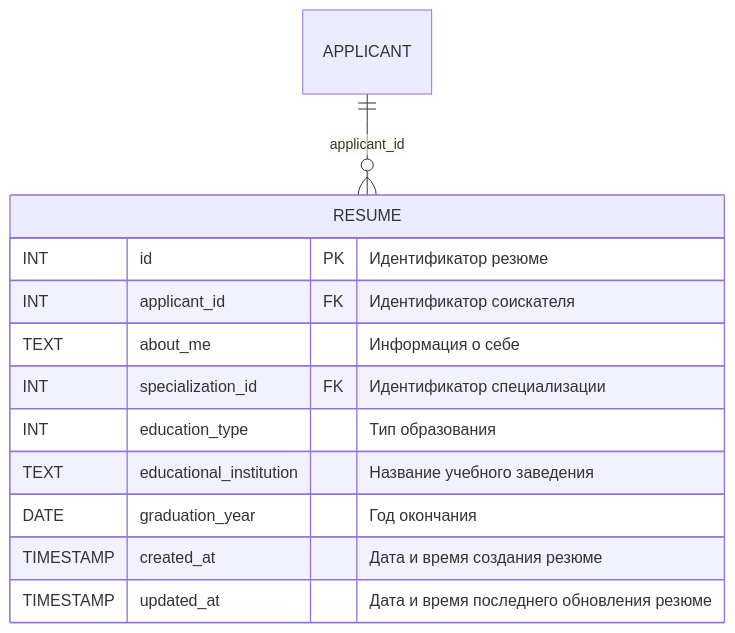
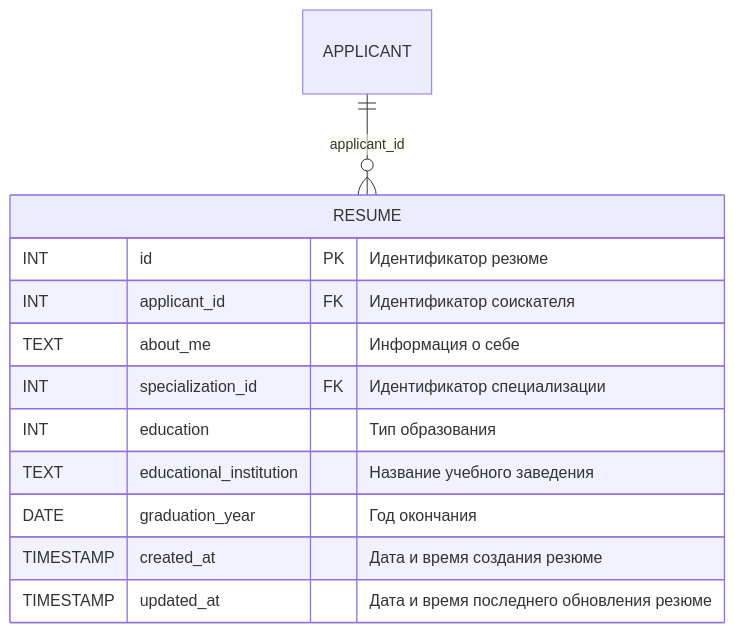
Diagram 16 of 18 in db/normalized/relations.md (go-park-mail-ru/2025_1_Orange), drawn with Mermaid before and after one commit. The commit also changed other lines of this file and 2 other files, not shown here.

````diff
--- a/db/normalized/relations.md
+++ b/db/normalized/relations.md
@@ -590,15 +592,15 @@
 ```mermaid
 erDiagram
     RESUME {
         INT id PK "Идентификатор резюме"
         INT applicant_id FK "Идентификатор соискателя"
         TEXT about_me "Информация о себе"
         INT specialization_id FK "Идентификатор специализации"
-        INT education_type "Тип образования"
+        INT education "Тип образования"
         TEXT educational_institution "Название учебного заведения"
         DATE graduation_year "Год окончания"
         TIMESTAMP created_at "Дата и время создания резюме"
         TIMESTAMP updated_at "Дата и время последнего обновления резюме"
     }
     APPLICANT ||--o{ RESUME : "applicant_id"
 ```
````
